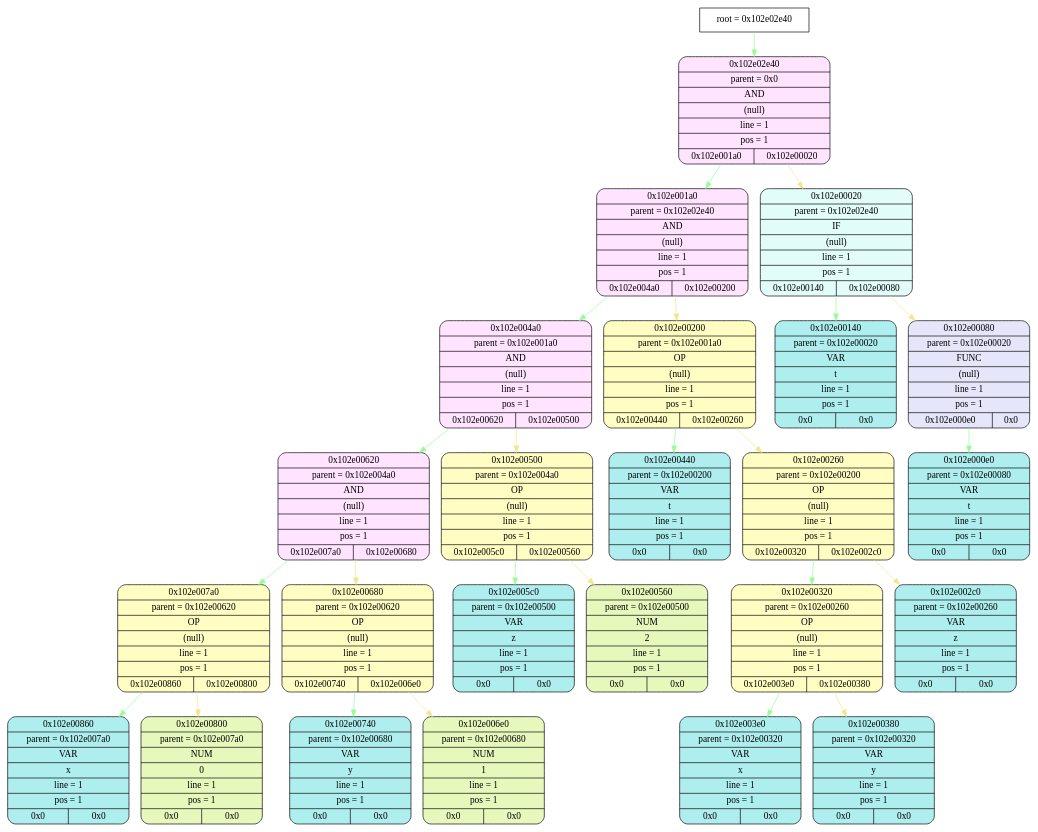
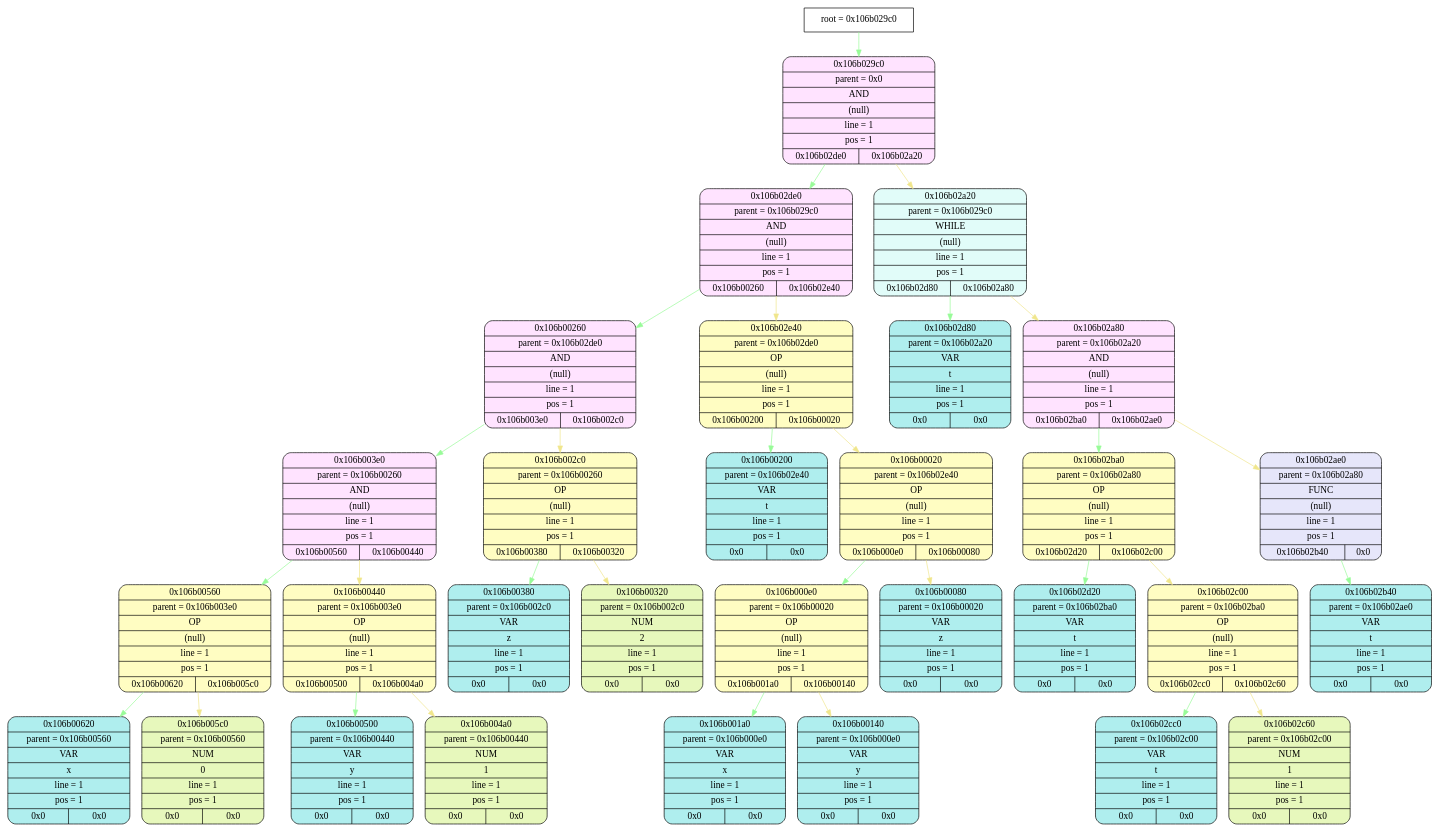
The diagram in frontend/tmp/graphviz.dot (esgalimov/language), drawn with Graphviz before and after one commit. The commit also changed 20 other files, not shown here.

```diff
--- a/frontend/tmp/graphviz.dot
+++ b/frontend/tmp/graphviz.dot
@@ -1,77 +1,95 @@
 digraph
 {
-    node_info[shape = record, label = "{root = 0x102e02e40}"];
+    node_info[shape = record, label = "{root = 0x106b029c0}"];
 
-    node_info->node_0x102e02e40 [color = "#98FB98"];
-    node_0x102e02e40[shape = Mrecord, label = "{{0x102e02e40} | {parent =  0x0} | {AND} | {(null)} | {line = 1} | {pos = 1} | {0x102e001a0 | 0x102e00020}}",
+    node_info->node_0x106b029c0 [color = "#98FB98"];
+    node_0x106b029c0[shape = Mrecord, label = "{{0x106b029c0} | {parent =  0x0} | {AND} | {(null)} | {line = 1} | {pos = 1} | {0x106b02de0 | 0x106b02a20}}",
                                         style="filled", fillcolor="#FFE3FF"];
-    node_0x102e001a0[shape = Mrecord, label = "{{0x102e001a0} | {parent =  0x102e02e40} | {AND} | {(null)} | {line = 1} | {pos = 1} | {0x102e004a0 | 0x102e00200}}",
+    node_0x106b02de0[shape = Mrecord, label = "{{0x106b02de0} | {parent =  0x106b029c0} | {AND} | {(null)} | {line = 1} | {pos = 1} | {0x106b00260 | 0x106b02e40}}",
                                         style="filled", fillcolor="#FFE3FF"];
-    node_0x102e004a0[shape = Mrecord, label = "{{0x102e004a0} | {parent =  0x102e001a0} | {AND} | {(null)} | {line = 1} | {pos = 1} | {0x102e00620 | 0x102e00500}}",
+    node_0x106b00260[shape = Mrecord, label = "{{0x106b00260} | {parent =  0x106b02de0} | {AND} | {(null)} | {line = 1} | {pos = 1} | {0x106b003e0 | 0x106b002c0}}",
                                         style="filled", fillcolor="#FFE3FF"];
-    node_0x102e00620[shape = Mrecord, label = "{{0x102e00620} | {parent =  0x102e004a0} | {AND} | {(null)} | {line = 1} | {pos = 1} | {0x102e007a0 | 0x102e00680}}",
+    node_0x106b003e0[shape = Mrecord, label = "{{0x106b003e0} | {parent =  0x106b00260} | {AND} | {(null)} | {line = 1} | {pos = 1} | {0x106b00560 | 0x106b00440}}",
                                         style="filled", fillcolor="#FFE3FF"];
-    node_0x102e007a0[shape = Mrecord, label = "{{0x102e007a0} | {parent =  0x102e00620} | {OP} | {(null)} | {line = 1} | {pos = 1} | {0x102e00860 | 0x102e00800}}",
+    node_0x106b00560[shape = Mrecord, label = "{{0x106b00560} | {parent =  0x106b003e0} | {OP} | {(null)} | {line = 1} | {pos = 1} | {0x106b00620 | 0x106b005c0}}",
                                         style="filled", fillcolor="#FFFDC2"];
-    node_0x102e00860[shape = Mrecord, label = "{{0x102e00860} | {parent =  0x102e007a0} | {VAR} | {x} | {line = 1} | {pos = 1} | {0x0 | 0x0}}",
+    node_0x106b00620[shape = Mrecord, label = "{{0x106b00620} | {parent =  0x106b00560} | {VAR} | {x} | {line = 1} | {pos = 1} | {0x0 | 0x0}}",
                                         style="filled", fillcolor="#AFEEEE"];
-    node_0x102e00800[shape = Mrecord, label = "{{0x102e00800} | {parent =  0x102e007a0} | {NUM} | {0} | {line = 1} | {pos = 1} | {0x0 | 0x0}}",
+    node_0x106b005c0[shape = Mrecord, label = "{{0x106b005c0} | {parent =  0x106b00560} | {NUM} | {0} | {line = 1} | {pos = 1} | {0x0 | 0x0}}",
                 style="filled", fillcolor="#E7F8BC"];
-    node_0x102e00680[shape = Mrecord, label = "{{0x102e00680} | {parent =  0x102e00620} | {OP} | {(null)} | {line = 1} | {pos = 1} | {0x102e00740 | 0x102e006e0}}",
+    node_0x106b00440[shape = Mrecord, label = "{{0x106b00440} | {parent =  0x106b003e0} | {OP} | {(null)} | {line = 1} | {pos = 1} | {0x106b00500 | 0x106b004a0}}",
                                         style="filled", fillcolor="#FFFDC2"];
-    node_0x102e00740[shape = Mrecord, label = "{{0x102e00740} | {parent =  0x102e00680} | {VAR} | {y} | {line = 1} | {pos = 1} | {0x0 | 0x0}}",
+    node_0x106b00500[shape = Mrecord, label = "{{0x106b00500} | {parent =  0x106b00440} | {VAR} | {y} | {line = 1} | {pos = 1} | {0x0 | 0x0}}",
                                         style="filled", fillcolor="#AFEEEE"];
-    node_0x102e006e0[shape = Mrecord, label = "{{0x102e006e0} | {parent =  0x102e00680} | {NUM} | {1} | {line = 1} | {pos = 1} | {0x0 | 0x0}}",
+    node_0x106b004a0[shape = Mrecord, label = "{{0x106b004a0} | {parent =  0x106b00440} | {NUM} | {1} | {line = 1} | {pos = 1} | {0x0 | 0x0}}",
                 style="filled", fillcolor="#E7F8BC"];
-    node_0x102e00500[shape = Mrecord, label = "{{0x102e00500} | {parent =  0x102e004a0} | {OP} | {(null)} | {line = 1} | {pos = 1} | {0x102e005c0 | 0x102e00560}}",
+    node_0x106b002c0[shape = Mrecord, label = "{{0x106b002c0} | {parent =  0x106b00260} | {OP} | {(null)} | {line = 1} | {pos = 1} | {0x106b00380 | 0x106b00320}}",
                                         style="filled", fillcolor="#FFFDC2"];
-    node_0x102e005c0[shape = Mrecord, label = "{{0x102e005c0} | {parent =  0x102e00500} | {VAR} | {z} | {line = 1} | {pos = 1} | {0x0 | 0x0}}",
+    node_0x106b00380[shape = Mrecord, label = "{{0x106b00380} | {parent =  0x106b002c0} | {VAR} | {z} | {line = 1} | {pos = 1} | {0x0 | 0x0}}",
                                         style="filled", fillcolor="#AFEEEE"];
-    node_0x102e00560[shape = Mrecord, label = "{{0x102e00560} | {parent =  0x102e00500} | {NUM} | {2} | {line = 1} | {pos = 1} | {0x0 | 0x0}}",
+    node_0x106b00320[shape = Mrecord, label = "{{0x106b00320} | {parent =  0x106b002c0} | {NUM} | {2} | {line = 1} | {pos = 1} | {0x0 | 0x0}}",
                 style="filled", fillcolor="#E7F8BC"];
-    node_0x102e00200[shape = Mrecord, label = "{{0x102e00200} | {parent =  0x102e001a0} | {OP} | {(null)} | {line = 1} | {pos = 1} | {0x102e00440 | 0x102e00260}}",
+    node_0x106b02e40[shape = Mrecord, label = "{{0x106b02e40} | {parent =  0x106b02de0} | {OP} | {(null)} | {line = 1} | {pos = 1} | {0x106b00200 | 0x106b00020}}",
                                         style="filled", fillcolor="#FFFDC2"];
-    node_0x102e00440[shape = Mrecord, label = "{{0x102e00440} | {parent =  0x102e00200} | {VAR} | {t} | {line = 1} | {pos = 1} | {0x0 | 0x0}}",
+    node_0x106b00200[shape = Mrecord, label = "{{0x106b00200} | {parent =  0x106b02e40} | {VAR} | {t} | {line = 1} | {pos = 1} | {0x0 | 0x0}}",
                                         style="filled", fillcolor="#AFEEEE"];
-    node_0x102e00260[shape = Mrecord, label = "{{0x102e00260} | {parent =  0x102e00200} | {OP} | {(null)} | {line = 1} | {pos = 1} | {0x102e00320 | 0x102e002c0}}",
+    node_0x106b00020[shape = Mrecord, label = "{{0x106b00020} | {parent =  0x106b02e40} | {OP} | {(null)} | {line = 1} | {pos = 1} | {0x106b000e0 | 0x106b00080}}",
                                         style="filled", fillcolor="#FFFDC2"];
-    node_0x102e00320[shape = Mrecord, label = "{{0x102e00320} | {parent =  0x102e00260} | {OP} | {(null)} | {line = 1} | {pos = 1} | {0x102e003e0 | 0x102e00380}}",
+    node_0x106b000e0[shape = Mrecord, label = "{{0x106b000e0} | {parent =  0x106b00020} | {OP} | {(null)} | {line = 1} | {pos = 1} | {0x106b001a0 | 0x106b00140}}",
                                         style="filled", fillcolor="#FFFDC2"];
-    node_0x102e003e0[shape = Mrecord, label = "{{0x102e003e0} | {parent =  0x102e00320} | {VAR} | {x} | {line = 1} | {pos = 1} | {0x0 | 0x0}}",
+    node_0x106b001a0[shape = Mrecord, label = "{{0x106b001a0} | {parent =  0x106b000e0} | {VAR} | {x} | {line = 1} | {pos = 1} | {0x0 | 0x0}}",
                                         style="filled", fillcolor="#AFEEEE"];
-    node_0x102e00380[shape = Mrecord, label = "{{0x102e00380} | {parent =  0x102e00320} | {VAR} | {y} | {line = 1} | {pos = 1} | {0x0 | 0x0}}",
+    node_0x106b00140[shape = Mrecord, label = "{{0x106b00140} | {parent =  0x106b000e0} | {VAR} | {y} | {line = 1} | {pos = 1} | {0x0 | 0x0}}",
                                         style="filled", fillcolor="#AFEEEE"];
-    node_0x102e002c0[shape = Mrecord, label = "{{0x102e002c0} | {parent =  0x102e00260} | {VAR} | {z} | {line = 1} | {pos = 1} | {0x0 | 0x0}}",
+    node_0x106b00080[shape = Mrecord, label = "{{0x106b00080} | {parent =  0x106b00020} | {VAR} | {z} | {line = 1} | {pos = 1} | {0x0 | 0x0}}",
                                         style="filled", fillcolor="#AFEEEE"];
-    node_0x102e00020[shape = Mrecord, label = "{{0x102e00020} | {parent =  0x102e02e40} | {IF} | {(null)} | {line = 1} | {pos = 1} | {0x102e00140 | 0x102e00080}}",
+    node_0x106b02a20[shape = Mrecord, label = "{{0x106b02a20} | {parent =  0x106b029c0} | {WHILE} | {(null)} | {line = 1} | {pos = 1} | {0x106b02d80 | 0x106b02a80}}",
                                         style="filled", fillcolor="#E1FCF9"];
-    node_0x102e00140[shape = Mrecord, label = "{{0x102e00140} | {parent =  0x102e00020} | {VAR} | {t} | {line = 1} | {pos = 1} | {0x0 | 0x0}}",
+    node_0x106b02d80[shape = Mrecord, label = "{{0x106b02d80} | {parent =  0x106b02a20} | {VAR} | {t} | {line = 1} | {pos = 1} | {0x0 | 0x0}}",
                                         style="filled", fillcolor="#AFEEEE"];
-    node_0x102e00080[shape = Mrecord, label = "{{0x102e00080} | {parent =  0x102e00020} | {FUNC} | {(null)} | {line = 1} | {pos = 1} | {0x102e000e0 | 0x0}}",
+    node_0x106b02a80[shape = Mrecord, label = "{{0x106b02a80} | {parent =  0x106b02a20} | {AND} | {(null)} | {line = 1} | {pos = 1} | {0x106b02ba0 | 0x106b02ae0}}",
+                                        style="filled", fillcolor="#FFE3FF"];
+    node_0x106b02ba0[shape = Mrecord, label = "{{0x106b02ba0} | {parent =  0x106b02a80} | {OP} | {(null)} | {line = 1} | {pos = 1} | {0x106b02d20 | 0x106b02c00}}",
+                                        style="filled", fillcolor="#FFFDC2"];
+    node_0x106b02d20[shape = Mrecord, label = "{{0x106b02d20} | {parent =  0x106b02ba0} | {VAR} | {t} | {line = 1} | {pos = 1} | {0x0 | 0x0}}",
+                                        style="filled", fillcolor="#AFEEEE"];
+    node_0x106b02c00[shape = Mrecord, label = "{{0x106b02c00} | {parent =  0x106b02ba0} | {OP} | {(null)} | {line = 1} | {pos = 1} | {0x106b02cc0 | 0x106b02c60}}",
+                                        style="filled", fillcolor="#FFFDC2"];
+    node_0x106b02cc0[shape = Mrecord, label = "{{0x106b02cc0} | {parent =  0x106b02c00} | {VAR} | {t} | {line = 1} | {pos = 1} | {0x0 | 0x0}}",
+                                        style="filled", fillcolor="#AFEEEE"];
+    node_0x106b02c60[shape = Mrecord, label = "{{0x106b02c60} | {parent =  0x106b02c00} | {NUM} | {1} | {line = 1} | {pos = 1} | {0x0 | 0x0}}",
+                style="filled", fillcolor="#E7F8BC"];
+    node_0x106b02ae0[shape = Mrecord, label = "{{0x106b02ae0} | {parent =  0x106b02a80} | {FUNC} | {(null)} | {line = 1} | {pos = 1} | {0x106b02b40 | 0x0}}",
                                         style="filled", fillcolor="#E6E6FA"];
-    node_0x102e000e0[shape = Mrecord, label = "{{0x102e000e0} | {parent =  0x102e00080} | {VAR} | {t} | {line = 1} | {pos = 1} | {0x0 | 0x0}}",
+    node_0x106b02b40[shape = Mrecord, label = "{{0x106b02b40} | {parent =  0x106b02ae0} | {VAR} | {t} | {line = 1} | {pos = 1} | {0x0 | 0x0}}",
                                         style="filled", fillcolor="#AFEEEE"];
-    node_0x102e02e40->node_0x102e001a0 [color = "#98FB98"];
-    node_0x102e001a0->node_0x102e004a0 [color = "#98FB98"];
-    node_0x102e004a0->node_0x102e00620 [color = "#98FB98"];
-    node_0x102e00620->node_0x102e007a0 [color = "#98FB98"];
-    node_0x102e007a0->node_0x102e00860 [color = "#98FB98"];
-    node_0x102e007a0->node_0x102e00800 [color = "#F0E68C"];
-    node_0x102e00620->node_0x102e00680 [color = "#F0E68C"];
-    node_0x102e00680->node_0x102e00740 [color = "#98FB98"];
-    node_0x102e00680->node_0x102e006e0 [color = "#F0E68C"];
-    node_0x102e004a0->node_0x102e00500 [color = "#F0E68C"];
-    node_0x102e00500->node_0x102e005c0 [color = "#98FB98"];
-    node_0x102e00500->node_0x102e00560 [color = "#F0E68C"];
-    node_0x102e001a0->node_0x102e00200 [color = "#F0E68C"];
-    node_0x102e00200->node_0x102e00440 [color = "#98FB98"];
-    node_0x102e00200->node_0x102e00260 [color = "#F0E68C"];
-    node_0x102e00260->node_0x102e00320 [color = "#98FB98"];
-    node_0x102e00320->node_0x102e003e0 [color = "#98FB98"];
-    node_0x102e00320->node_0x102e00380 [color = "#F0E68C"];
-    node_0x102e00260->node_0x102e002c0 [color = "#F0E68C"];
-    node_0x102e02e40->node_0x102e00020 [color = "#F0E68C"];
-    node_0x102e00020->node_0x102e00140 [color = "#98FB98"];
-    node_0x102e00020->node_0x102e00080 [color = "#F0E68C"];
-    node_0x102e00080->node_0x102e000e0 [color = "#98FB98"];
+    node_0x106b029c0->node_0x106b02de0 [color = "#98FB98"];
+    node_0x106b02de0->node_0x106b00260 [color = "#98FB98"];
+    node_0x106b00260->node_0x106b003e0 [color = "#98FB98"];
+    node_0x106b003e0->node_0x106b00560 [color = "#98FB98"];
+    node_0x106b00560->node_0x106b00620 [color = "#98FB98"];
+    node_0x106b00560->node_0x106b005c0 [color = "#F0E68C"];
+    node_0x106b003e0->node_0x106b00440 [color = "#F0E68C"];
+    node_0x106b00440->node_0x106b00500 [color = "#98FB98"];
+    node_0x106b00440->node_0x106b004a0 [color = "#F0E68C"];
+    node_0x106b00260->node_0x106b002c0 [color = "#F0E68C"];
+    node_0x106b002c0->node_0x106b00380 [color = "#98FB98"];
+    node_0x106b002c0->node_0x106b00320 [color = "#F0E68C"];
+    node_0x106b02de0->node_0x106b02e40 [color = "#F0E68C"];
+    node_0x106b02e40->node_0x106b00200 [color = "#98FB98"];
+    node_0x106b02e40->node_0x106b00020 [color = "#F0E68C"];
+    node_0x106b00020->node_0x106b000e0 [color = "#98FB98"];
+    node_0x106b000e0->node_0x106b001a0 [color = "#98FB98"];
+    node_0x106b000e0->node_0x106b00140 [color = "#F0E68C"];
+    node_0x106b00020->node_0x106b00080 [color = "#F0E68C"];
+    node_0x106b029c0->node_0x106b02a20 [color = "#F0E68C"];
+    node_0x106b02a20->node_0x106b02d80 [color = "#98FB98"];
+    node_0x106b02a20->node_0x106b02a80 [color = "#F0E68C"];
+    node_0x106b02a80->node_0x106b02ba0 [color = "#98FB98"];
+    node_0x106b02ba0->node_0x106b02d20 [color = "#98FB98"];
+    node_0x106b02ba0->node_0x106b02c00 [color = "#F0E68C"];
+    node_0x106b02c00->node_0x106b02cc0 [color = "#98FB98"];
+    node_0x106b02c00->node_0x106b02c60 [color = "#F0E68C"];
+    node_0x106b02a80->node_0x106b02ae0 [color = "#F0E68C"];
+    node_0x106b02ae0->node_0x106b02b40 [color = "#98FB98"];
 }
```
